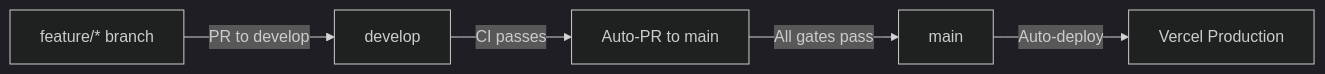
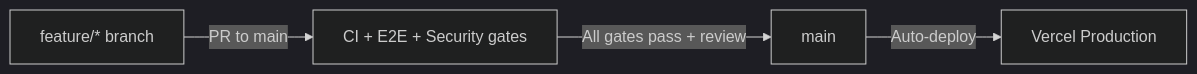
Before and after one commit to Oweeboi011/Fit-Ready-IQ: the third of 8 diagrams in docs/wiki/DEPLOYMENT.md, drawn with Mermaid (dark theme). The commit also changed other lines of this file and 15 other files, not shown here.

````diff
--- a/docs/wiki/DEPLOYMENT.md
+++ b/docs/wiki/DEPLOYMENT.md
@@ -94,7 +91,6 @@
 ```mermaid
 flowchart LR
-    A["feature/* branch"] -->|PR to develop| B["develop"]
-    B -->|CI passes| C["Auto-PR to main"]
-    C -->|All gates pass| D["main"]
-    D -->|Auto-deploy| E["Vercel Production"]
+    A["feature/* branch"] -->|PR to main| B["CI + E2E + Security gates"]
+    B -->|All gates pass + review| C["main"]
+    C -->|Auto-deploy| D["Vercel Production"]
 ```
````
